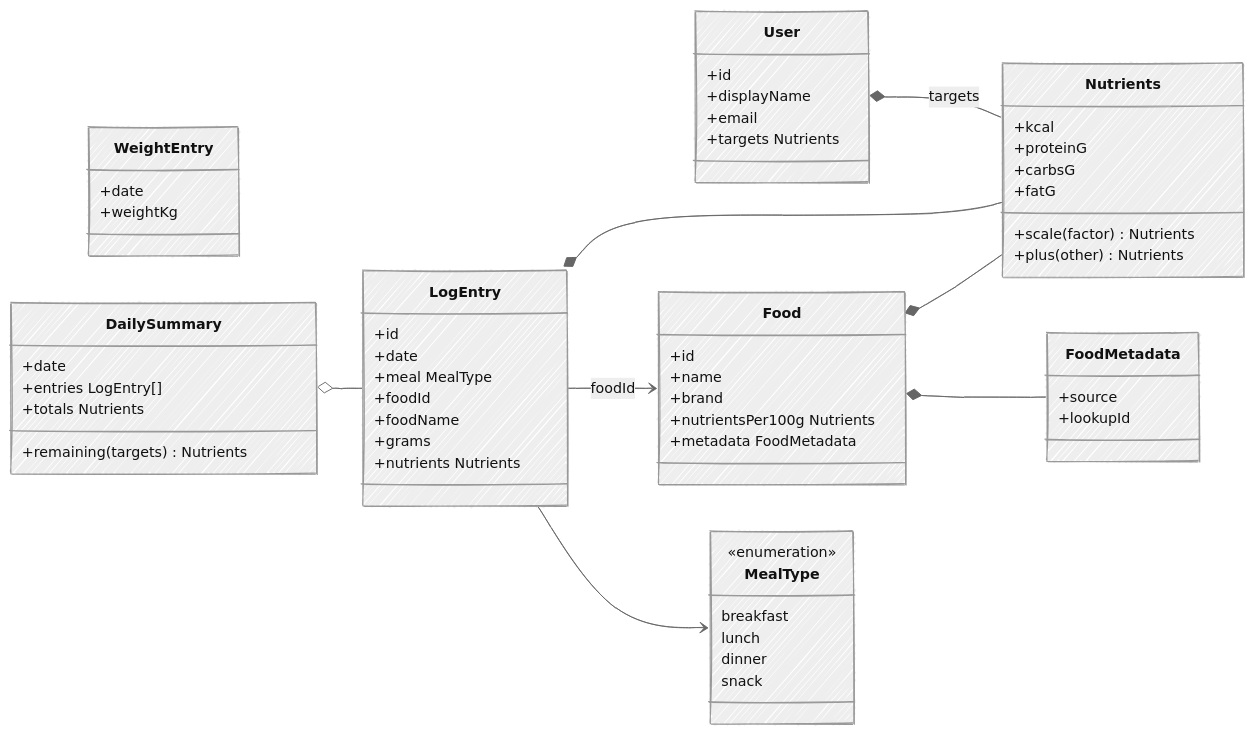
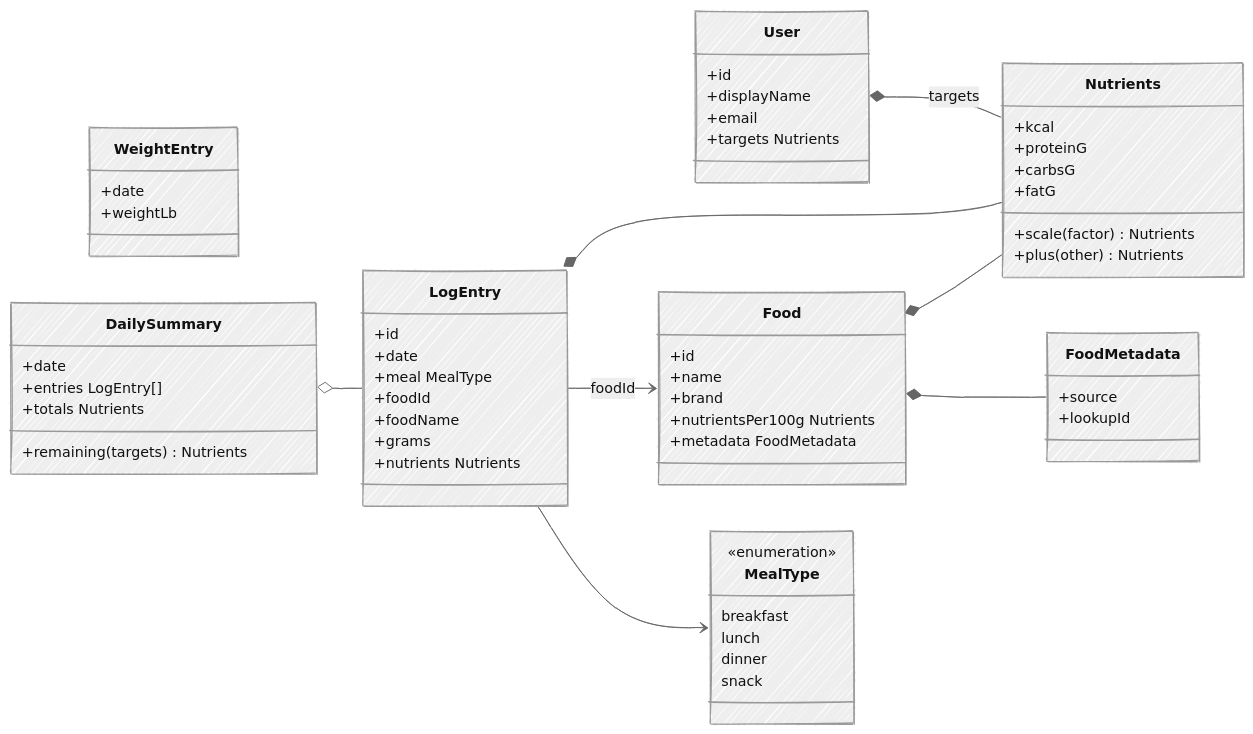
Before and after one commit to ai-rayven/wellness-ai: the third of 4 diagrams in docs/mvp.md, drawn with Mermaid. The commit also changed other lines of this file, not shown here.

First line of the commit message:
Store body weight in lb

````diff
--- a/docs/mvp.md
+++ b/docs/mvp.md
@@ -134,69 +134,69 @@
 ```mermaid
 ---
 config:
   look: handDrawn
   theme: neutral
 ---
 classDiagram
     direction LR
 
     class User {
         +id
         +displayName
         +email
         +targets Nutrients
     }
     class Food {
         +id
         +name
         +brand
         +nutrientsPer100g Nutrients
         +metadata FoodMetadata
     }
     class FoodMetadata {
         +source
         +lookupId
     }
     class LogEntry {
         +id
         +date
         +meal MealType
         +foodId
         +foodName
         +grams
         +nutrients Nutrients
     }
     class WeightEntry {
         +date
-        +weightKg
+        +weightLb
     }
     class DailySummary {
         +date
         +entries LogEntry[]
         +totals Nutrients
         +remaining(targets) Nutrients
     }
     class Nutrients {
         +kcal
         +proteinG
         +carbsG
         +fatG
         +scale(factor) Nutrients
         +plus(other) Nutrients
     }
     class MealType {
         <<enumeration>>
         breakfast
         lunch
         dinner
         snack
     }
 
     User *-- Nutrients : targets
     Food *-- Nutrients
     LogEntry *-- Nutrients
     LogEntry --> Food : foodId
     LogEntry --> MealType
     Food *-- FoodMetadata
     DailySummary o-- LogEntry
 ```
````
